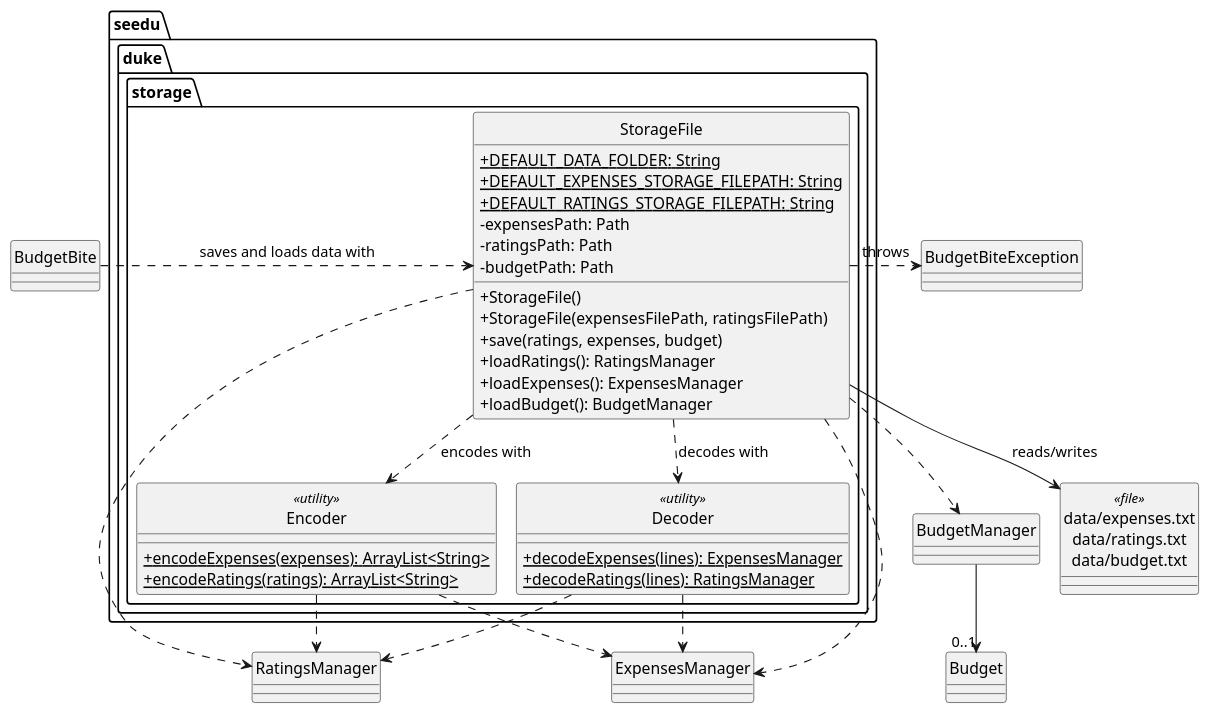
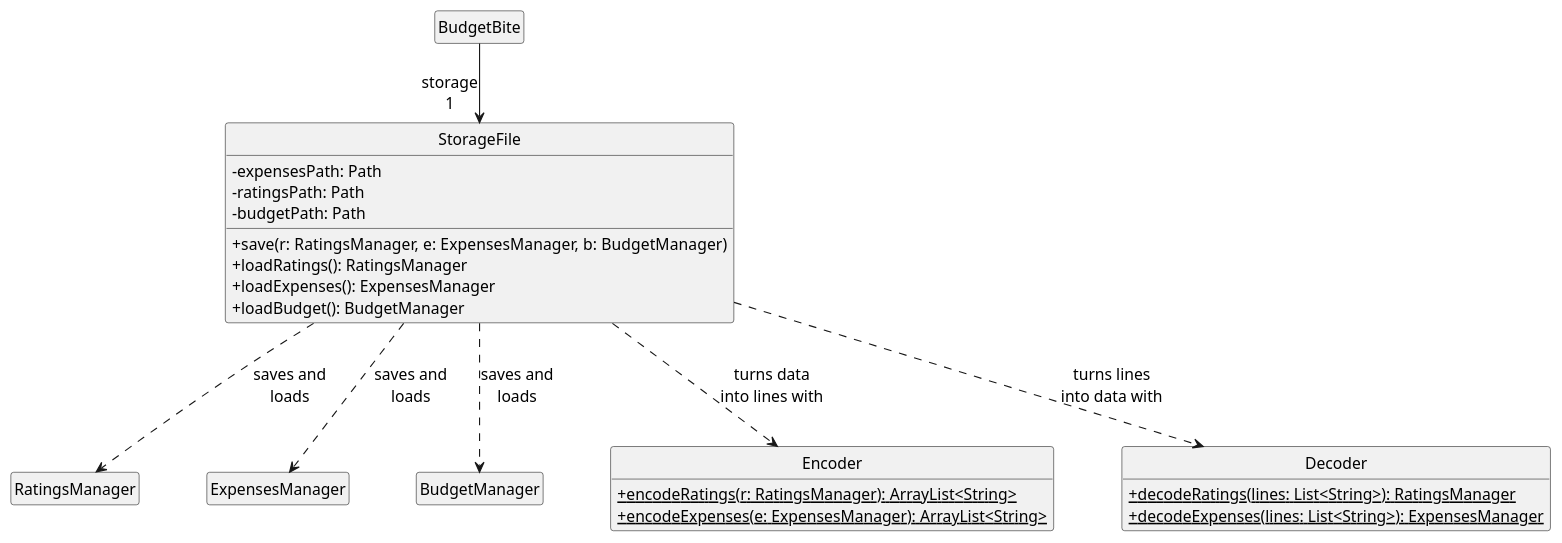
The diagram in docs/diagrams/StorageClassDiagram.puml (AY2627S1-CS2113-W10-3/tp), drawn with PlantUML before and after one commit. The commit also changed 14 other files, not shown here.

```diff
--- a/docs/diagrams/StorageClassDiagram.puml
+++ b/docs/diagrams/StorageClassDiagram.puml
@@ -1,58 +1,46 @@
 @startuml
-!pragma layout smetana
+' Storage component: StorageFile saves and loads the data files, using Encoder and Decoder.
 skinparam shadowing false
 skinparam classAttributeIconSize 0
+skinparam defaultFontSize 14
+skinparam nodesep 60
+skinparam ranksep 70
 hide circle
+hide empty members
 
-package "seedu.duke.storage" {
-    class StorageFile {
-        {static} +DEFAULT_DATA_FOLDER: String
-        {static} +DEFAULT_EXPENSES_STORAGE_FILEPATH: String
-        {static} +DEFAULT_RATINGS_STORAGE_FILEPATH: String
-        -expensesPath: Path
-        -ratingsPath: Path
-        -budgetPath: Path
-        +StorageFile()
-        +StorageFile(expensesFilePath, ratingsFilePath)
-        +save(ratings, expenses, budget)
-        +loadRatings(): RatingsManager
-        +loadExpenses(): ExpensesManager
-        +loadBudget(): BudgetManager
-    }
+class BudgetBite
 
-    class Encoder <<utility>> {
-        {static} +encodeExpenses(expenses): ArrayList<String>
-        {static} +encodeRatings(ratings): ArrayList<String>
-    }
-
-    class Decoder <<utility>> {
-        {static} +decodeExpenses(lines): ExpensesManager
-        {static} +decodeRatings(lines): RatingsManager
-    }
+class StorageFile {
+    -expensesPath: Path
+    -ratingsPath: Path
+    -budgetPath: Path
+    +save(r: RatingsManager, e: ExpensesManager, b: BudgetManager)
+    +loadRatings(): RatingsManager
+    +loadExpenses(): ExpensesManager
+    +loadBudget(): BudgetManager
 }
 
-class BudgetBite
+class Encoder {
+    {static} +encodeRatings(r: RatingsManager): ArrayList<String>
+    {static} +encodeExpenses(e: ExpensesManager): ArrayList<String>
+}
+
+class Decoder {
+    {static} +decodeRatings(lines: List<String>): RatingsManager
+    {static} +decodeExpenses(lines: List<String>): ExpensesManager
+}
+
 class RatingsManager
 class ExpensesManager
 class BudgetManager
-class Budget
-class BudgetBiteException
-class "data/expenses.txt\ndata/ratings.txt\ndata/budget.txt" as DataFiles <<file>>
 
-BudgetBite .right.> StorageFile : saves and loads data with
-StorageFile .down.> Encoder : encodes with
-StorageFile .down.> Decoder : decodes with
-StorageFile .right.> BudgetBiteException : throws
+BudgetBite --> "storage\n1" StorageFile
+StorageFile ..> Encoder : turns data\ninto lines with
+StorageFile ..> Decoder : turns lines\ninto data with
+StorageFile ..> RatingsManager : saves and\nloads
+StorageFile ..> ExpensesManager : saves and\nloads
+StorageFile ..> BudgetManager : saves and\nloads
 
-StorageFile ..> RatingsManager
-StorageFile ..> ExpensesManager
-StorageFile ..> BudgetManager
-BudgetManager --> "0..1" Budget
-
-Encoder ..> RatingsManager
-Encoder ..> ExpensesManager
-Decoder ..> RatingsManager
-Decoder ..> ExpensesManager
-
-StorageFile -down-> DataFiles : reads/writes
+RatingsManager -[hidden]right- ExpensesManager
+ExpensesManager -[hidden]right- BudgetManager
 @enduml
```
